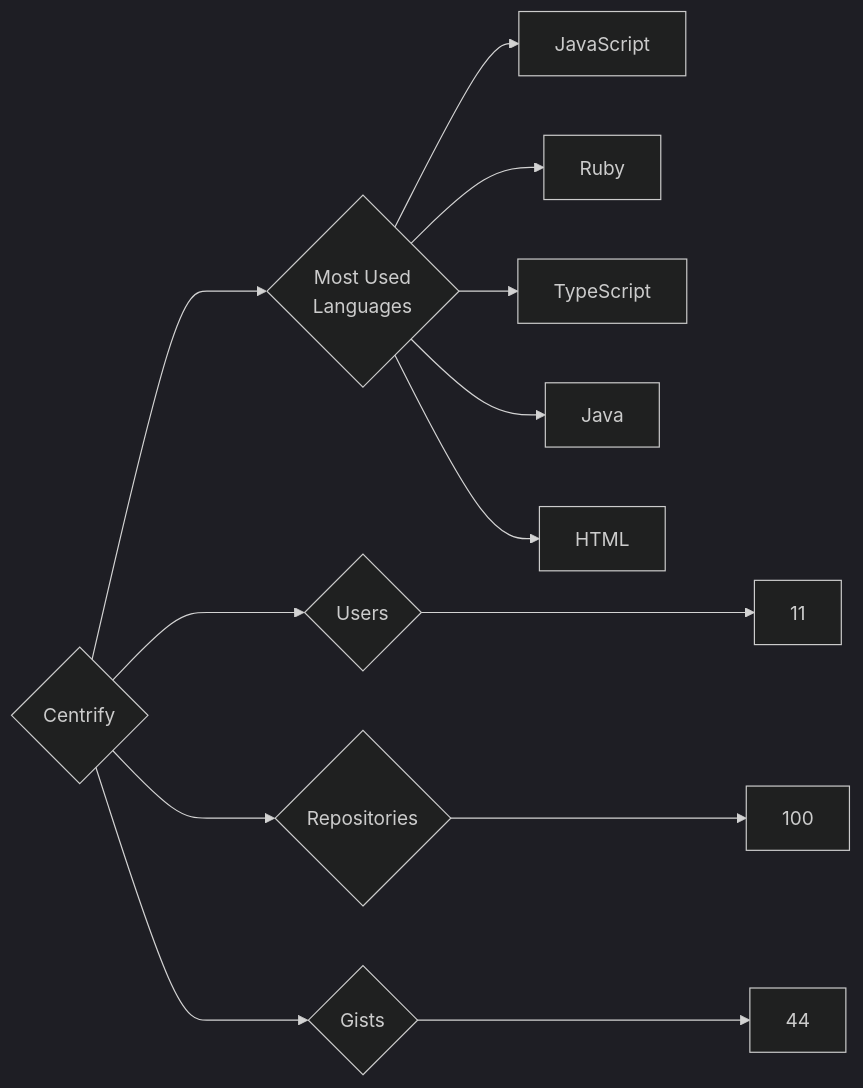
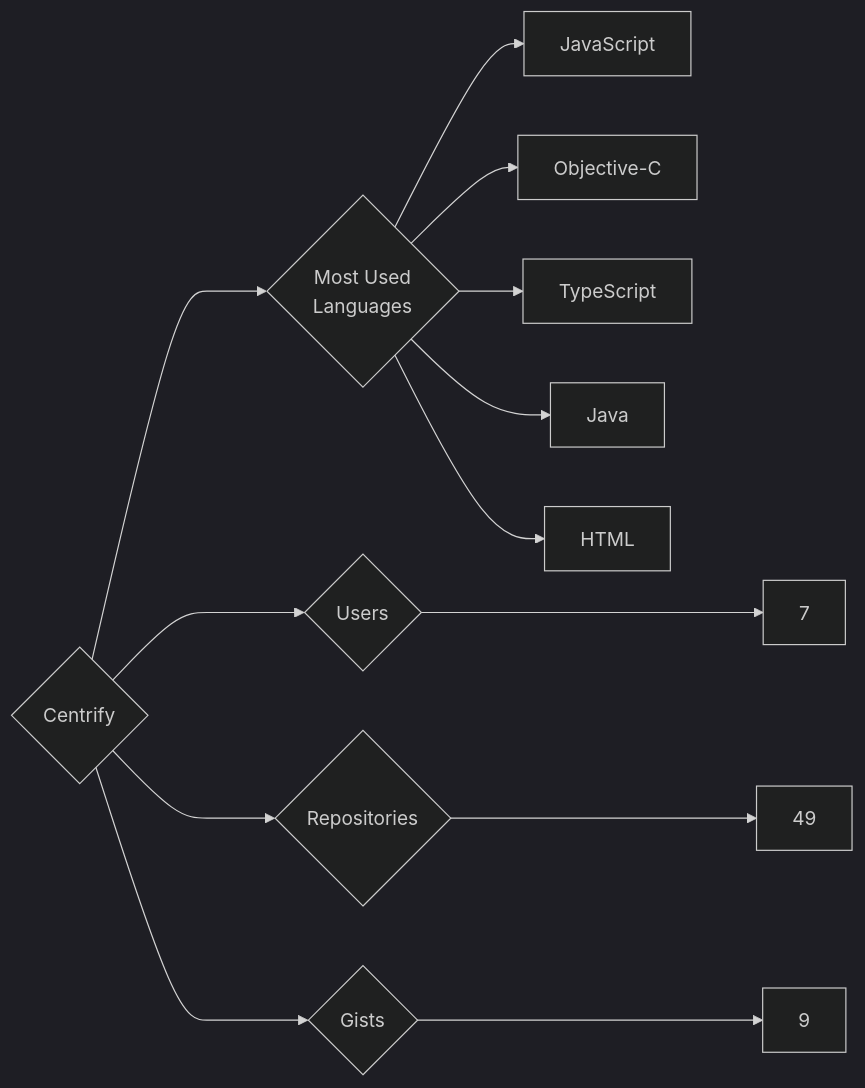
The diagram in targets/Centrify/README.md (trickest/insiders), drawn with Mermaid (dark theme) before and after one commit. The commit also changed 1141 other files, not shown here.

````diff
--- a/targets/Centrify/README.md
+++ b/targets/Centrify/README.md
@@ -3,13 +3,13 @@
 ```mermaid
 graph LR
 COMPANY_NAME{Centrify}
-COMPANY_NAME ---> U{Users} ---> UN[11]
-COMPANY_NAME ---> R{Repositories} ---> RN[100]
-COMPANY_NAME ---> G{Gists} ---> GN[44]
+COMPANY_NAME ---> U{Users} ---> UN[7]
+COMPANY_NAME ---> R{Repositories} ---> RN[49]
+COMPANY_NAME ---> G{Gists} ---> GN[9]
 COMPANY_NAME ---> ML{Most Used<br>Languages}
 ML --> JavaScript[JavaScript]
-ML --> Ruby[Ruby]
+ML --> Objective-C[Objective-C]
 ML --> TypeScript[TypeScript]
 ML --> Java[Java]
 ML --> HTML[HTML]
 ```
````
